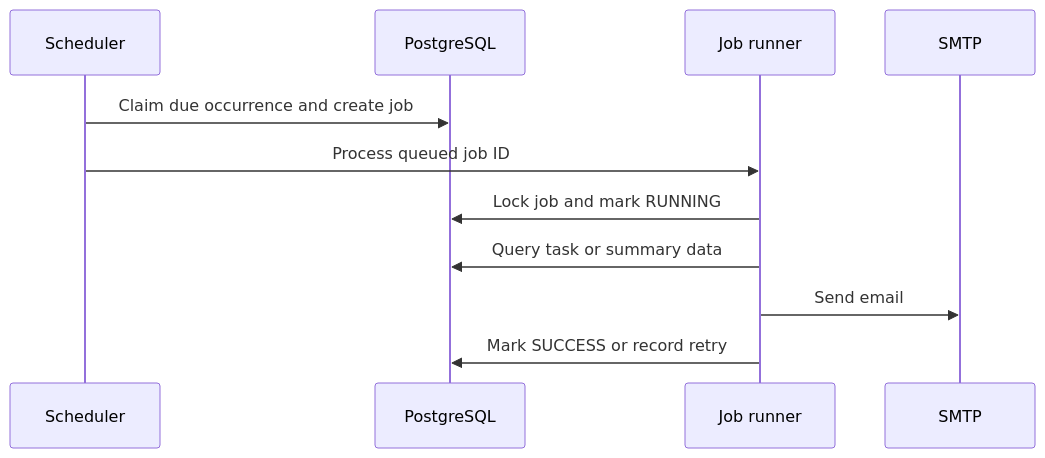
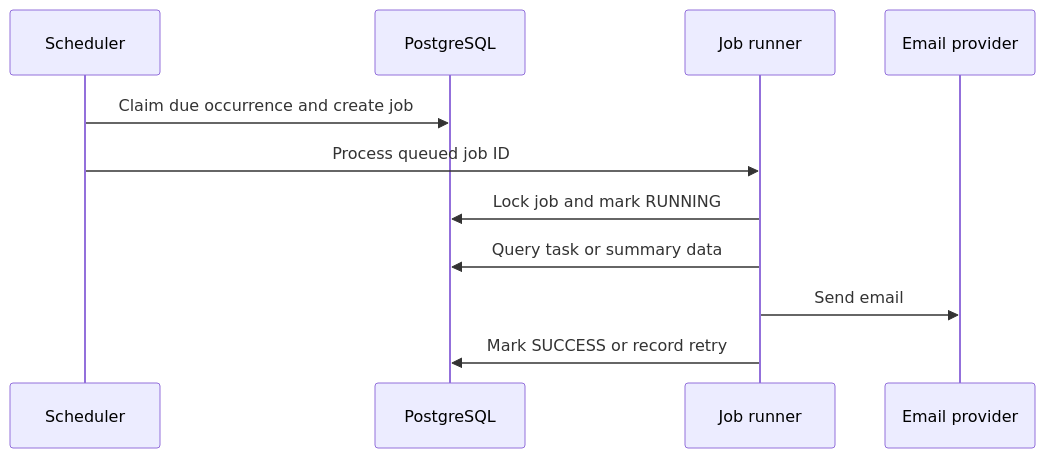
The second of 2 diagrams in ARCHITECTURE.md (rajeev8008/Pace), drawn with Mermaid before and after one commit. The commit also changed other lines of this file and 6 other files, not shown here.

````diff
--- a/ARCHITECTURE.md
+++ b/ARCHITECTURE.md
@@ -141,14 +141,14 @@
 ```mermaid
 sequenceDiagram
     participant S as Scheduler
     participant D as PostgreSQL
     participant R as Job runner
-    participant M as SMTP
+    participant M as Email provider
 
     S->>D: Claim due occurrence and create job
     S->>R: Process queued job ID
     R->>D: Lock job and mark RUNNING
     R->>D: Query task or summary data
     R->>M: Send email
     R->>D: Mark SUCCESS or record retry
 ```
````
